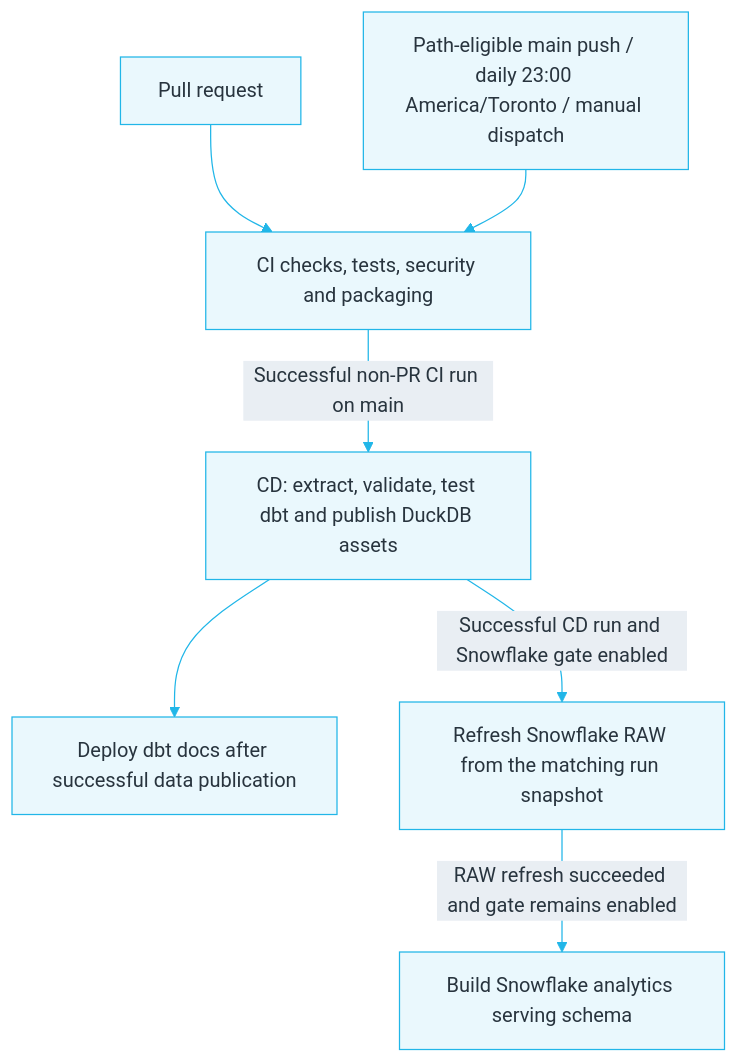
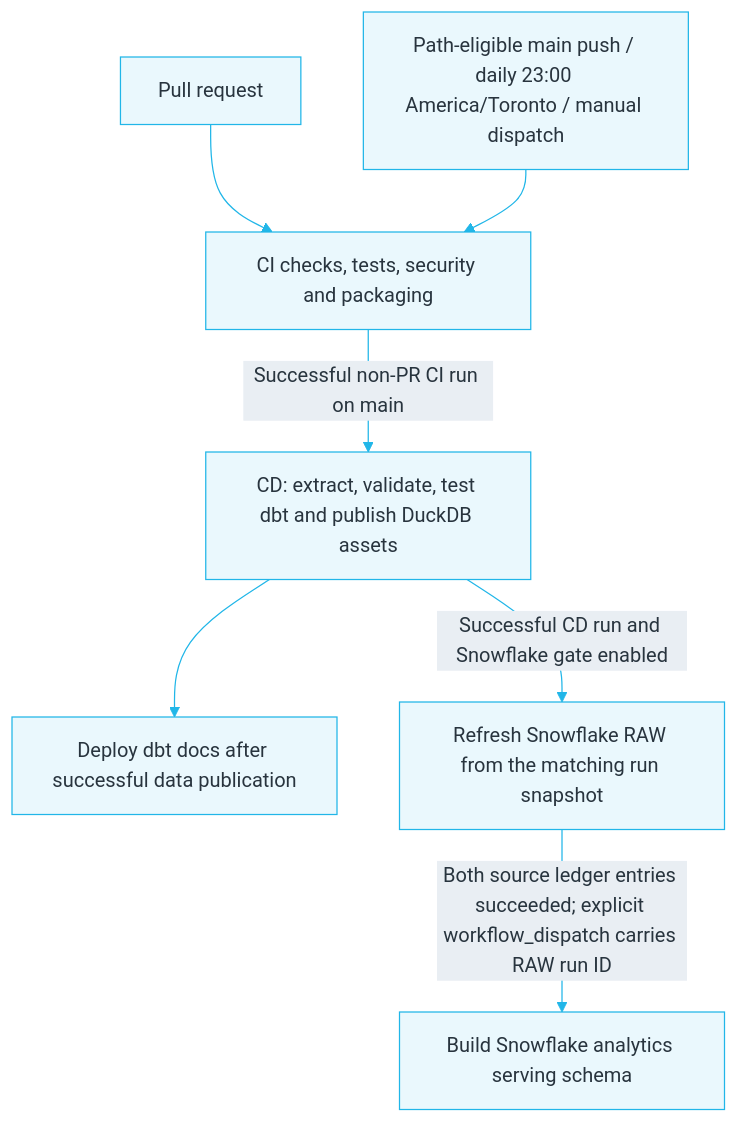
Before and after one commit to gagadanalyst/toronto-housing-bottleneck-analytics: the second of 2 diagrams in README.md, drawn with Mermaid. The commit also changed other lines of this file and 5 other files, not shown here.

Commit message:
fix: reliably dispatch Snowflake serving after RAW refresh

````diff
--- a/README.md
+++ b/README.md
@@ -122,10 +122,10 @@
 ```mermaid
 %%{init: {"theme":"base","themeVariables":{"primaryColor":"#EAF8FD","primaryTextColor":"#28343E","primaryBorderColor":"#21B6E8","lineColor":"#21B6E8","secondaryColor":"#E9EEF3","tertiaryColor":"#FFFFFF","fontFamily":"Arial, sans-serif"}}}%%
 flowchart TB
     PR[Pull request] --> CI[CI checks, tests, security and packaging]
     TRIG[Path-eligible main push / daily 23:00 America/Toronto / manual dispatch] --> CI
     CI -->|Successful non-PR CI run on main| CD[CD: extract, validate, test dbt and publish DuckDB assets]
     CD --> DOCS[Deploy dbt docs after successful data publication]
     CD -->|Successful CD run and Snowflake gate enabled| RAW[Refresh Snowflake RAW from the matching run snapshot]
-    RAW -->|RAW refresh succeeded and gate remains enabled| SERVE[Build Snowflake analytics serving schema]
+    RAW -->|Both source ledger entries succeeded; explicit workflow_dispatch carries RAW run ID| SERVE[Build Snowflake analytics serving schema]
 ```
````
